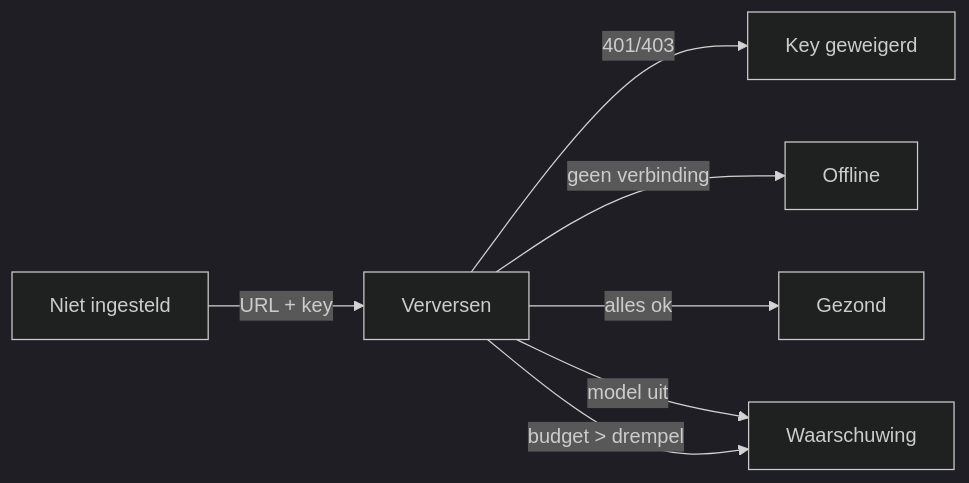
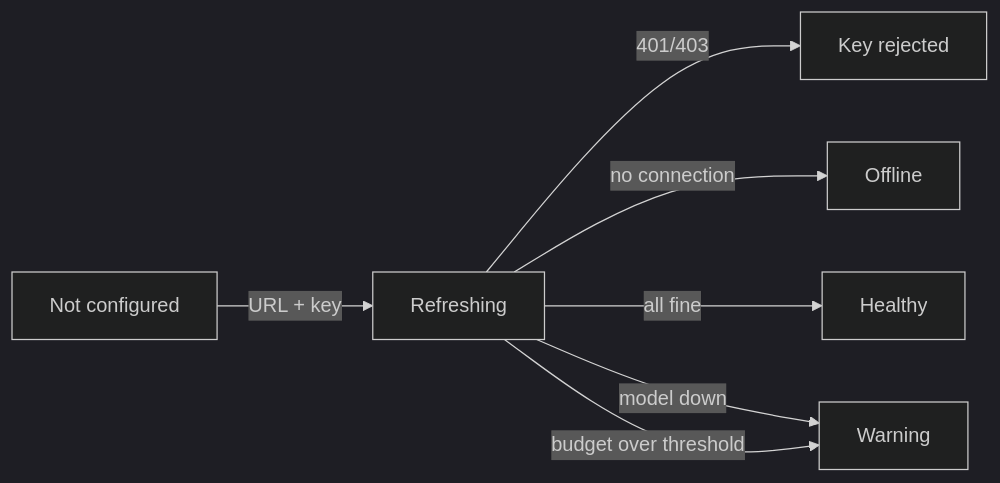
The diagram in docs/ARCHITECTURE.md (DennisvDijk/enexis-ai-gateway-bar), drawn with Mermaid (dark theme) before and after one commit. The commit also changed other lines of this file and 5 other files, not shown here.

````diff
--- a/docs/ARCHITECTURE.md
+++ b/docs/ARCHITECTURE.md
@@ -27,9 +27,9 @@
 ```mermaid
 flowchart LR
-  A[Niet ingesteld] -->|URL + key| B[Verversen]
-  B -->|401/403| C[Key geweigerd]
-  B -->|geen verbinding| D[Offline]
-  B -->|alles ok| E[Gezond]
-  B -->|model uit| F[Waarschuwing]
-  B -->|budget > drempel| F
+  A[Not configured] -->|URL + key| B[Refreshing]
+  B -->|401/403| C[Key rejected]
+  B -->|no connection| D[Offline]
+  B -->|all fine| E[Healthy]
+  B -->|model down| F[Warning]
+  B -->|budget over threshold| F
 ```
````
